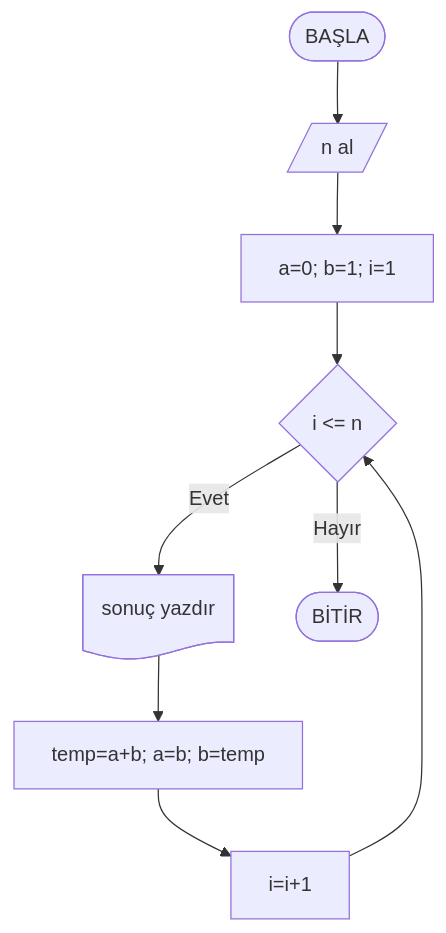
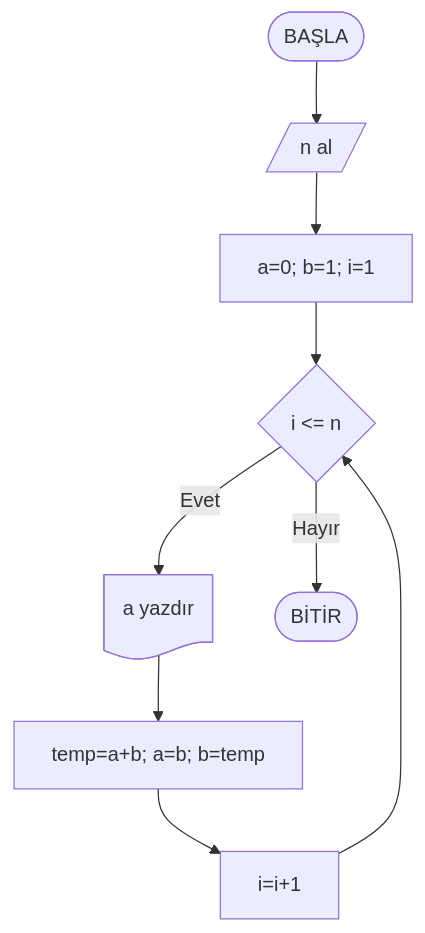
The fifth of 10 diagrams in Hafta02/ders_icerik.md (ibrahimayaz/Algoritma-ve-Programlamaya-Giris-2025), drawn with Mermaid before and after one commit.

Commit message:
Hafta02deki fibonacci  hatalari duzeltildi

````diff
--- a/Hafta02/ders_icerik.md
+++ b/Hafta02/ders_icerik.md
@@ -532,7 +532,7 @@
 ```mermaid
 flowchart TD
   start([BAŞLA]) --> nin[/n al/] --> init[a=0; b=1; i=1]
   init --> loop{i <= n}
-  loop -- Evet --> out@{ shape: doc, label: "sonuç yazdır" } --> step[temp=a+b; a=b; b=temp] --> inc[i=i+1] --> loop
+  loop -- Evet --> out@{ shape: doc, label: "a yazdır" } --> step[temp=a+b; a=b; b=temp] --> inc[i=i+1] --> loop
   loop -- Hayır --> endNode([BİTİR])
 ```
````
